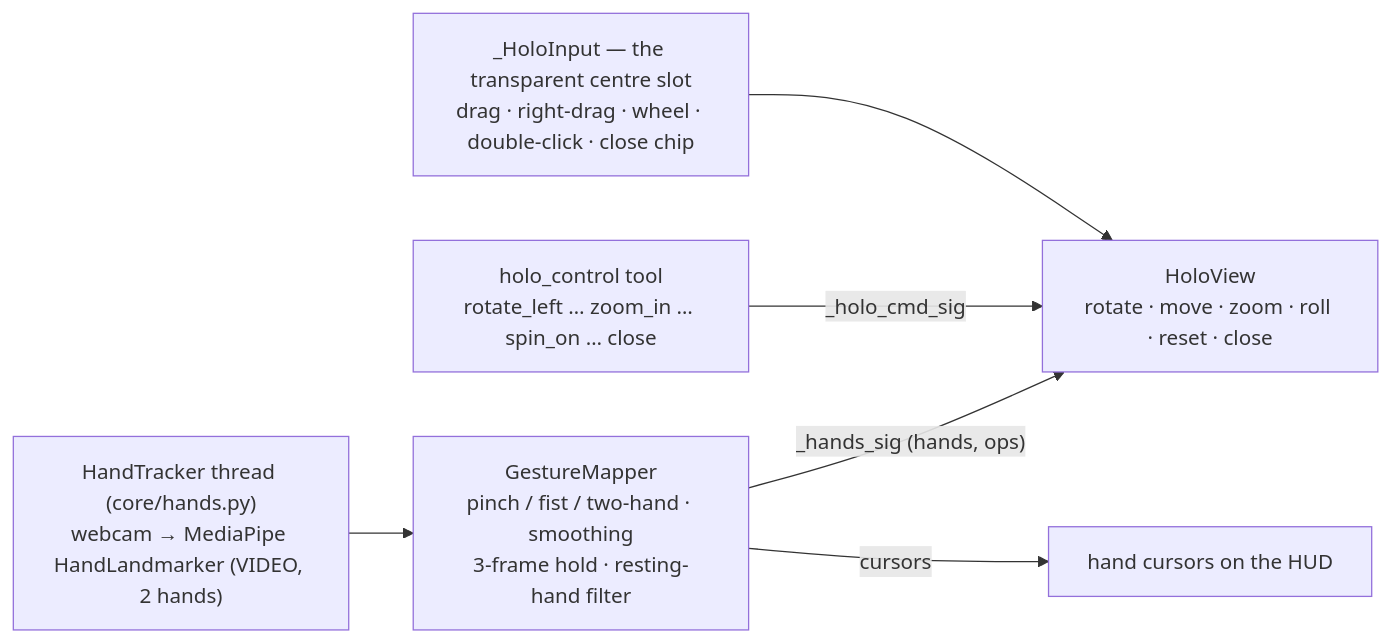
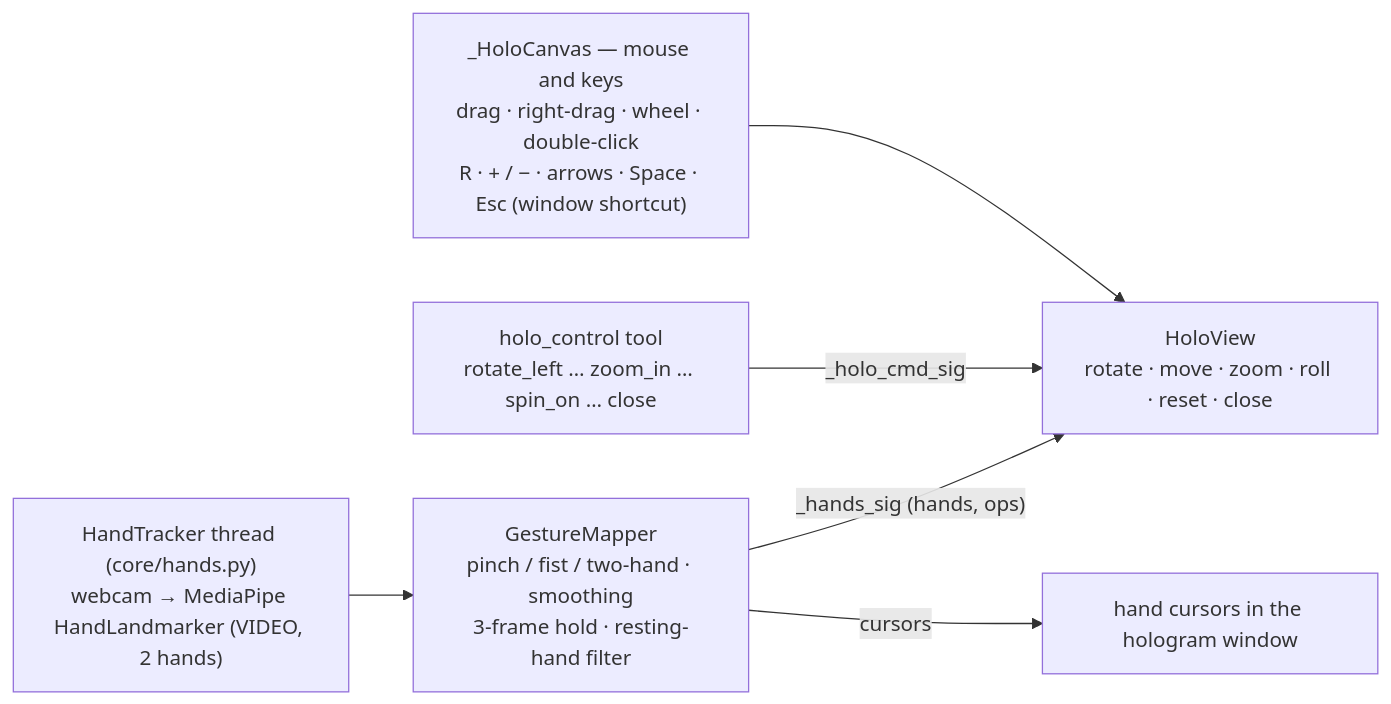
Before and after one commit to vamshiG24/jarvis: the ninth of 10 diagrams in ARCHITECTURE.md, drawn with Mermaid. The commit also changed other lines of this file and 8 other files, not shown here.

First line of the commit message:
Holograms open in their own window instead of over the HUD

````diff
--- a/ARCHITECTURE.md
+++ b/ARCHITECTURE.md
@@ -360,8 +368,8 @@
 ```mermaid
 flowchart LR
-    MOUSE["_HoloInput — the transparent centre slot<br/>drag · right-drag · wheel · double-click · close chip"] --> VIEW["HoloView<br/>rotate · move · zoom · roll · reset · close"]
+    MOUSE["_HoloCanvas — mouse and keys<br/>drag · right-drag · wheel · double-click<br/>R · + / − · arrows · Space · Esc (window shortcut)"] --> VIEW["HoloView<br/>rotate · move · zoom · roll · reset · close"]
     VOICE["holo_control tool<br/>rotate_left … zoom_in … spin_on … close"] -->|"_holo_cmd_sig"| VIEW
     CAM["HandTracker thread (core/hands.py)<br/>webcam → MediaPipe HandLandmarker (VIDEO, 2 hands)"] --> GM["GestureMapper<br/>pinch / fist / two-hand · smoothing<br/>3-frame hold · resting-hand filter"]
     GM -->|"_hands_sig (hands, ops)"| VIEW
-    GM -->|"cursors"| HUDC["hand cursors on the HUD"]
+    GM -->|"cursors"| HUDC["hand cursors in the hologram window"]
 ```
````
